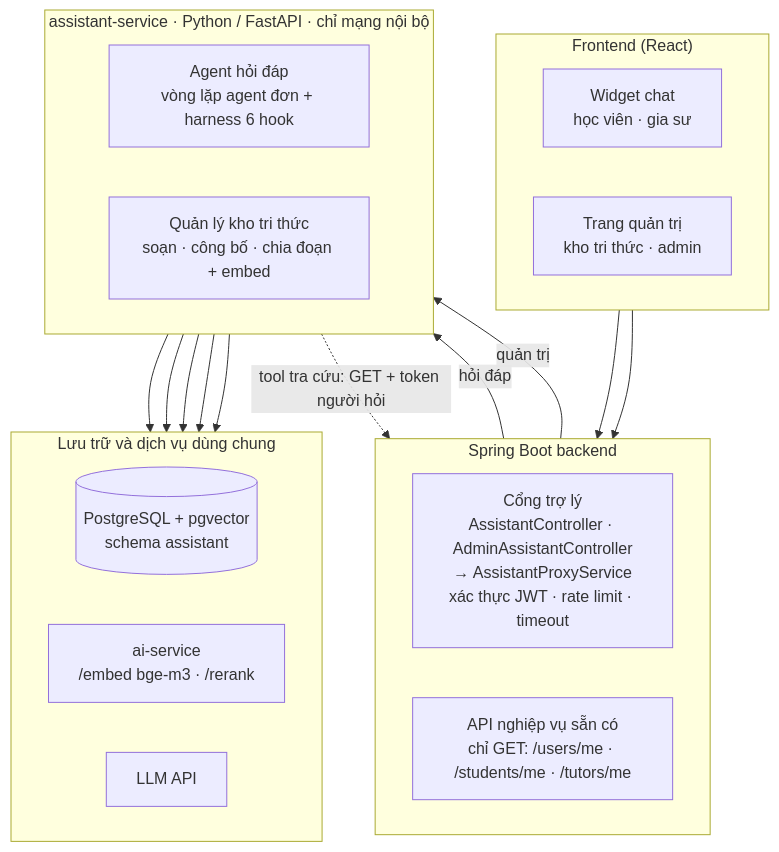
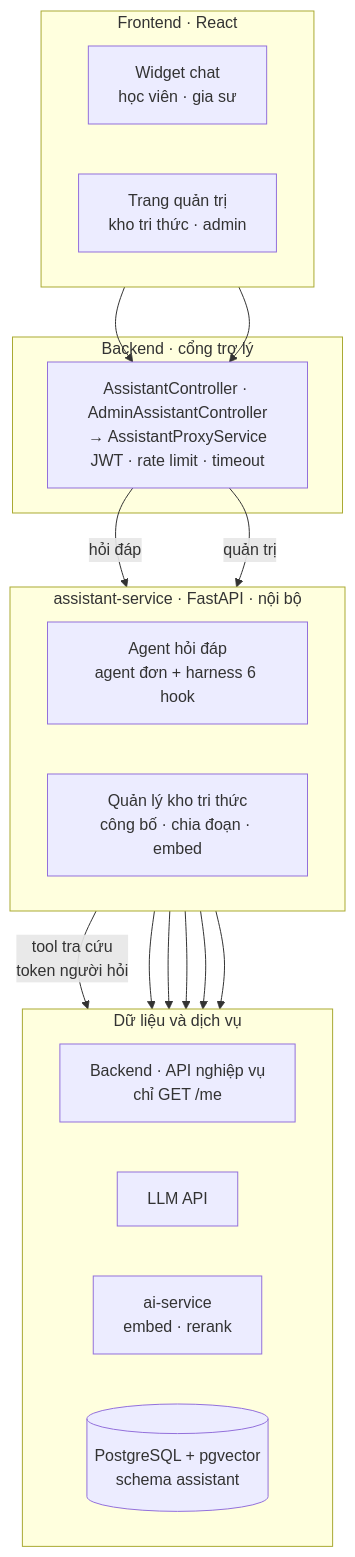
Before and after one commit to lybii/ptutor-support-assistant: the first of 3 diagrams in docs/02-kien-truc.md, drawn with Mermaid. The commit also changed other lines of this file and 14 other files, not shown here.

````diff
--- a/docs/02-kien-truc.md
+++ b/docs/02-kien-truc.md
@@ -10,38 +10,37 @@
 ```mermaid
 flowchart TB
-    subgraph FE["Frontend (React)"]
+    subgraph FE["Frontend · React"]
         direction LR
         W["Widget chat<br/>học viên · gia sư"]
         ADM["Trang quản trị<br/>kho tri thức · admin"]
     end
 
-    subgraph BE["Spring Boot backend"]
-        direction LR
-        GW["Cổng trợ lý<br/>AssistantController · AdminAssistantController<br/>→ AssistantProxyService<br/>xác thực JWT · rate limit · timeout"]
-        BIZ["API nghiệp vụ sẵn có<br/>chỉ GET: /users/me · /students/me · /tutors/me"]
+    subgraph GWL["Backend · cổng trợ lý"]
+        GW["AssistantController · AdminAssistantController<br/>→ AssistantProxyService<br/>JWT · rate limit · timeout"]
     end
 
-    subgraph AS["assistant-service · Python / FastAPI · chỉ mạng nội bộ"]
+    subgraph AS["assistant-service · FastAPI · nội bộ"]
         direction LR
-        AG["Agent hỏi đáp<br/>vòng lặp agent đơn + harness 6 hook"]
-        KB["Quản lý kho tri thức<br/>soạn · công bố · chia đoạn + embed"]
+        AG["Agent hỏi đáp<br/>agent đơn + harness 6 hook"]
+        KB["Quản lý kho tri thức<br/>công bố · chia đoạn · embed"]
     end
 
-    subgraph EXT["Lưu trữ và dịch vụ dùng chung"]
+    subgraph EXT["Dữ liệu và dịch vụ"]
         direction LR
+        BIZ["Backend · API nghiệp vụ<br/>chỉ GET /me"]
+        LLM["LLM API"]
+        AIS["ai-service<br/>embed · rerank"]
         DB[("PostgreSQL + pgvector<br/>schema assistant")]
-        AIS["ai-service<br/>/embed bge-m3 · /rerank"]
-        LLM["LLM API"]
     end
 
     W --> GW
     ADM --> GW
     GW -->|hỏi đáp| AG
     GW -->|quản trị| KB
-    AG -.->|"tool tra cứu: GET + token người hỏi"| BIZ
+    AG -->|"tool tra cứu<br/>token người hỏi"| BIZ
+    AG --> LLM
+    AG --> AIS
     AG --> DB
-    AG --> AIS
-    AG --> LLM
+    KB --> AIS
     KB --> DB
-    KB --> AIS
 ```
````
